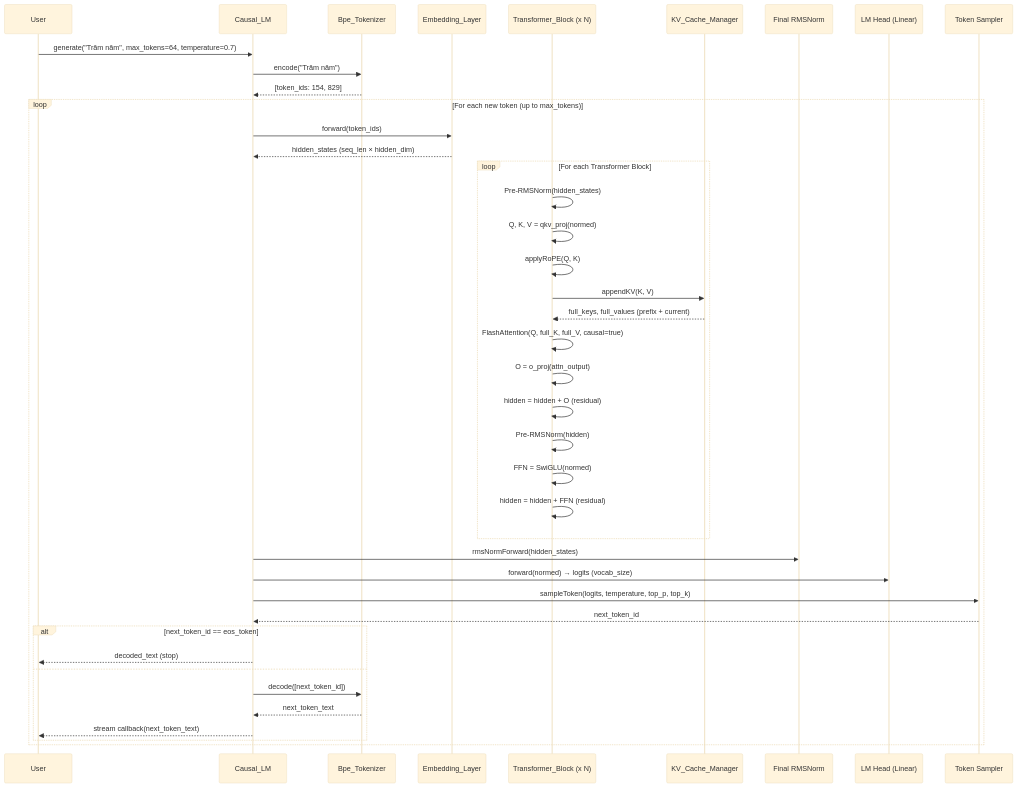
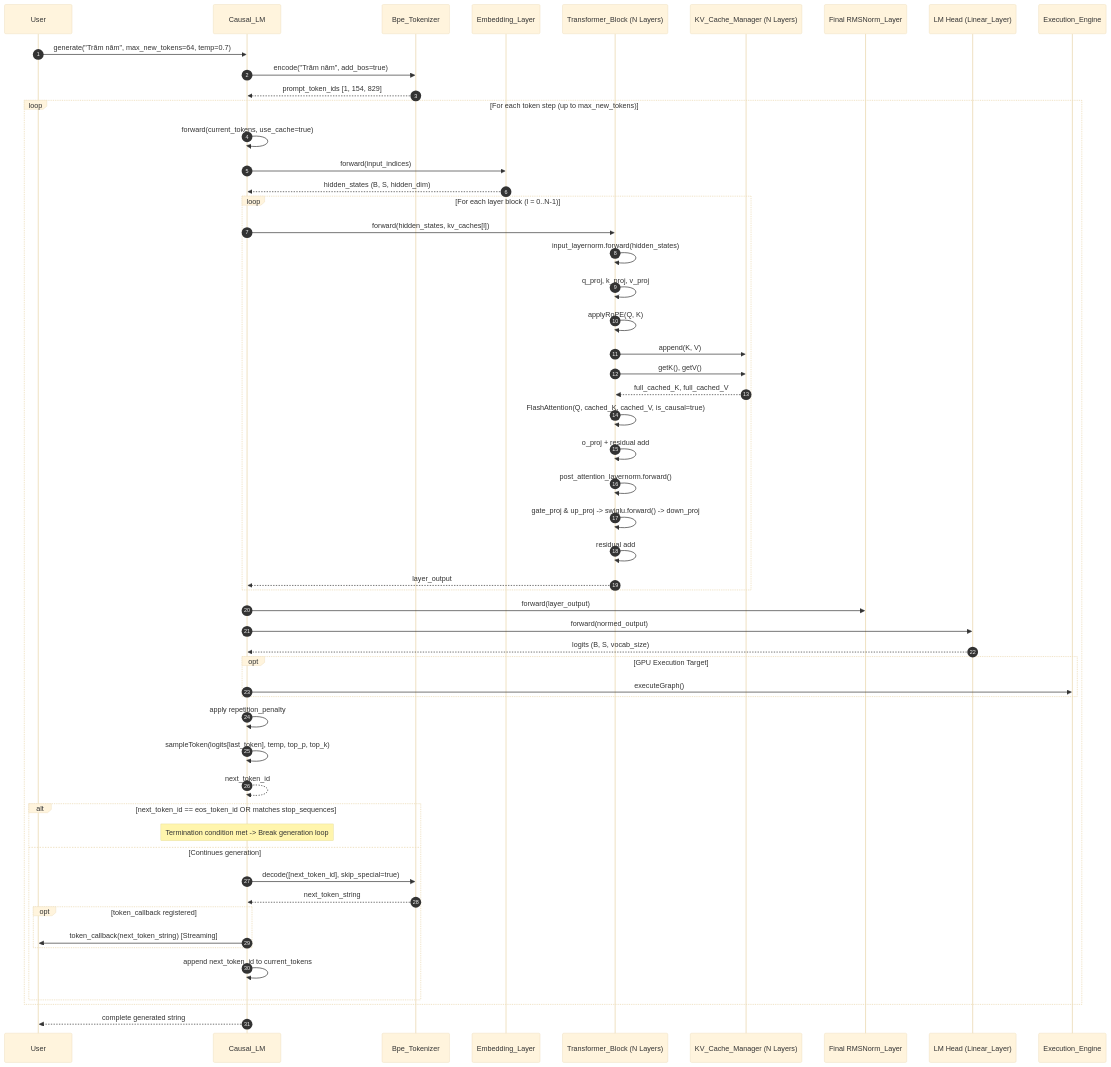
Before and after one commit to HungVQ1991/VulkanML: the tenth of 11 diagrams in architechture.md, drawn with Mermaid (base theme). The commit also changed other lines of this file, not shown here.

Commit message:
fix architecture

````diff
--- a/architechture.md
+++ b/architechture.md
@@ -808,48 +913,64 @@
 ```mermaid
 sequenceDiagram
+    autonumber
     participant User
     participant LLM as Causal_LM
     participant Tok as Bpe_Tokenizer
     participant EMB as Embedding_Layer
-    participant Block as Transformer_Block (x N)
-    participant KVC as KV_Cache_Manager
-    participant NORM as Final RMSNorm
-    participant HEAD as LM Head (Linear)
-    participant SAMPLE as Token Sampler
+    participant Block as Transformer_Block (N Layers)
+    participant KVC as KV_Cache_Manager (N Layers)
+    participant NORM as Final RMSNorm_Layer
+    participant HEAD as LM Head (Linear_Layer)
+    participant EE as Execution_Engine
 
-    User->>LLM: generate("Trăm năm", max_tokens=64, temperature=0.7)
-    LLM->>Tok: encode("Trăm năm")
-    Tok-->>LLM: [token_ids: 154, 829]
+    User->>LLM: generate("Trăm năm", max_new_tokens=64, temp=0.7)
+    LLM->>Tok: encode("Trăm năm", add_bos=true)
+    Tok-->>LLM: prompt_token_ids [1, 154, 829]
 
-    loop For each new token (up to max_tokens)
-        LLM->>EMB: forward(token_ids)
-        EMB-->>LLM: hidden_states (seq_len × hidden_dim)
+    loop For each token step (up to max_new_tokens)
+        LLM->>LLM: forward(current_tokens, use_cache=true)
+        LLM->>EMB: forward(input_indices)
+        EMB-->>LLM: hidden_states (B, S, hidden_dim)
 
-        loop For each Transformer Block
-            Block->>Block: Pre-RMSNorm(hidden_states)
-            Block->>Block: Q, K, V = qkv_proj(normed)
+        loop For each layer block (l = 0..N-1)
+            LLM->>Block: forward(hidden_states, kv_caches[l])
+            Block->>Block: input_layernorm.forward(hidden_states)
+            Block->>Block: q_proj, k_proj, v_proj
             Block->>Block: applyRoPE(Q, K)
-            Block->>KVC: appendKV(K, V)
-            KVC-->>Block: full_keys, full_values (prefix + current)
-            Block->>Block: FlashAttention(Q, full_K, full_V, causal=true)
-            Block->>Block: O = o_proj(attn_output)
-            Block->>Block: hidden = hidden + O (residual)
-            Block->>Block: Pre-RMSNorm(hidden)
-            Block->>Block: FFN = SwiGLU(normed)
-            Block->>Block: hidden = hidden + FFN (residual)
+            Block->>KVC: append(K, V)
+            Block->>KVC: getK(), getV()
+            KVC-->>Block: full_cached_K, full_cached_V
+            Block->>Block: FlashAttention(Q, cached_K, cached_V, is_causal=true)
+            Block->>Block: o_proj + residual add
+            Block->>Block: post_attention_layernorm.forward()
+            Block->>Block: gate_proj & up_proj -> swiglu.forward() -> down_proj
+            Block->>Block: residual add
+            Block-->>LLM: layer_output
         end
 
-        LLM->>NORM: rmsNormForward(hidden_states)
-        LLM->>HEAD: forward(normed) → logits (vocab_size)
-        LLM->>SAMPLE: sampleToken(logits, temperature, top_p, top_k)
-        SAMPLE-->>LLM: next_token_id
+        LLM->>NORM: forward(layer_output)
+        LLM->>HEAD: forward(normed_output)
+        HEAD-->>LLM: logits (B, S, vocab_size)
 
-        alt next_token_id == eos_token
-            LLM-->>User: decoded_text (stop)
-        else
-            LLM->>Tok: decode([next_token_id])
-            Tok-->>LLM: next_token_text
-            LLM-->>User: stream callback(next_token_text)
+        opt GPU Execution Target
+            LLM->>EE: executeGraph()
+        end
+
+        LLM->>LLM: apply repetition_penalty
+        LLM->>LLM: sampleToken(logits[last_token], temp, top_p, top_k)
+        LLM-->>LLM: next_token_id
+
+        alt next_token_id == eos_token_id OR matches stop_sequences
+            Note over LLM: Termination condition met -> Break generation loop
+        else Continues generation
+            LLM->>Tok: decode([next_token_id], skip_special=true)
+            Tok-->>LLM: next_token_string
+            opt token_callback registered
+                LLM->>User: token_callback(next_token_string) [Streaming]
+            end
+            LLM->>LLM: append next_token_id to current_tokens
         end
     end
+
+    LLM-->>User: complete generated string
 ```
````
